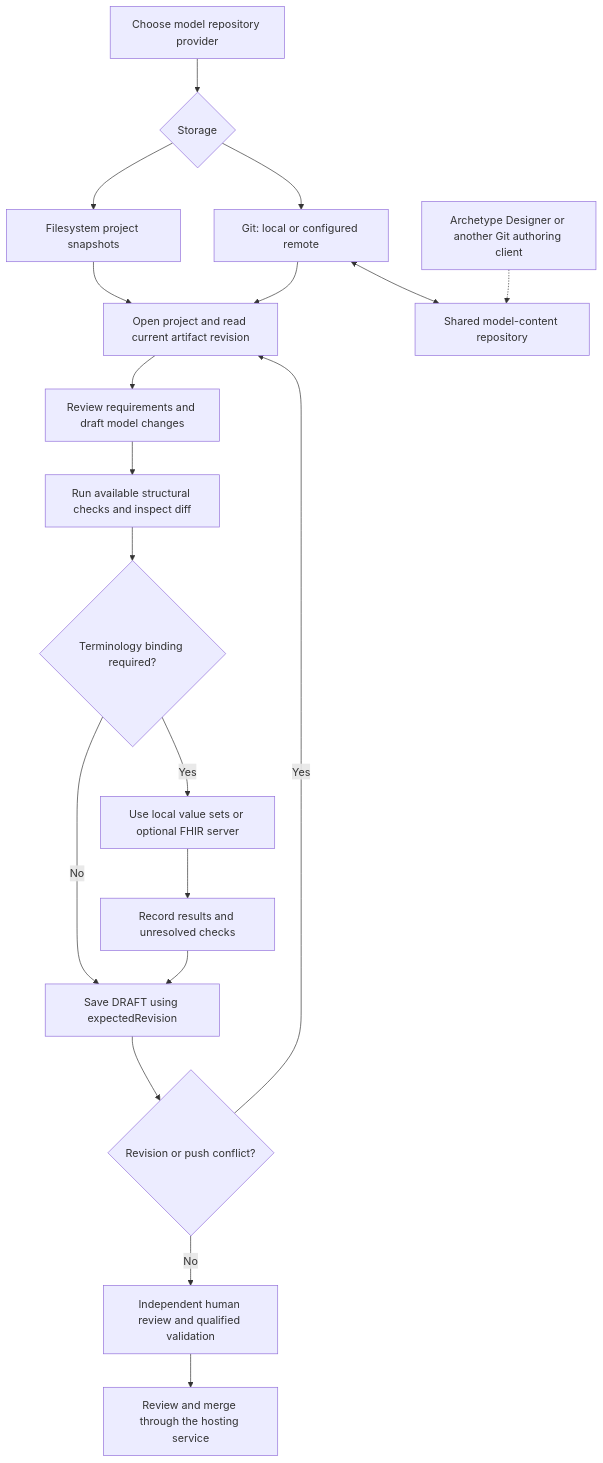
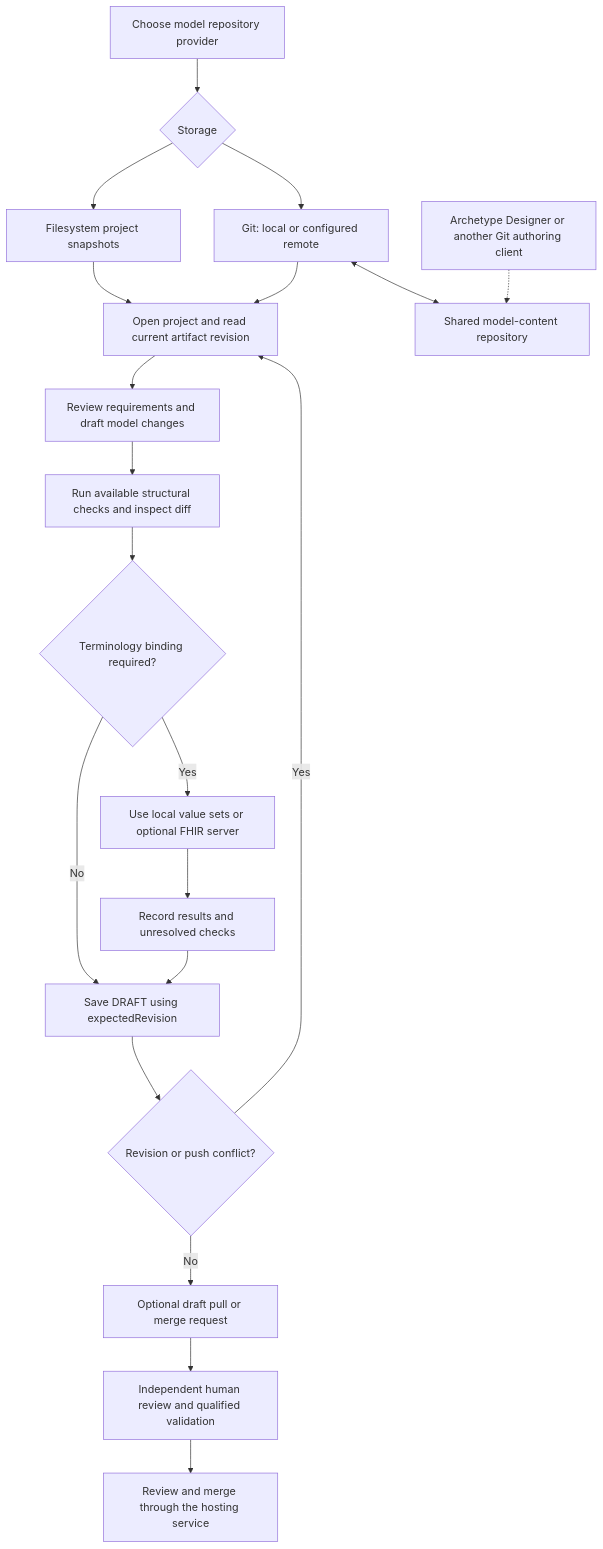
The diagram in docs/workflows/shared-git-models.md (CzarMich/openehr-modelling-assistant), drawn with Mermaid before and after one commit. The commit also changed other lines of this file and 50 other files, not shown here.

Commit message:
feat(repository): add GitHub and GitLab draft review capabilities

````diff
--- a/docs/workflows/shared-git-models.md
+++ b/docs/workflows/shared-git-models.md
@@ -5,21 +5,22 @@
 ```mermaid
 flowchart TD
     Start[Choose model repository provider] --> Choice{Storage}
     Choice --> FS[Filesystem project snapshots]
     Choice --> Git[Git: local or configured remote]
     FS --> Open[Open project and read current artifact revision]
     Git --> Open
     Author[Archetype Designer or another Git authoring client] -.-> Remote[Shared model-content repository]
     Git <--> Remote
     Open --> Draft[Review requirements and draft model changes]
     Draft --> Check[Run available structural checks and inspect diff]
     Check --> Terms{Terminology binding required?}
     Terms -->|No| Save[Save DRAFT using expectedRevision]
     Terms -->|Yes| LocalOrRemote[Use local value sets or optional FHIR server]
     LocalOrRemote --> Evidence[Record results and unresolved checks]
     Evidence --> Save
     Save --> Conflict{Revision or push conflict?}
     Conflict -->|Yes| Open
-    Conflict -->|No| Human[Independent human review and qualified validation]
+    Conflict -->|No| Hosted[Optional draft pull or merge request]
+    Hosted --> Human[Independent human review and qualified validation]
     Human --> Review[Review and merge through the hosting service]
 ```
````
